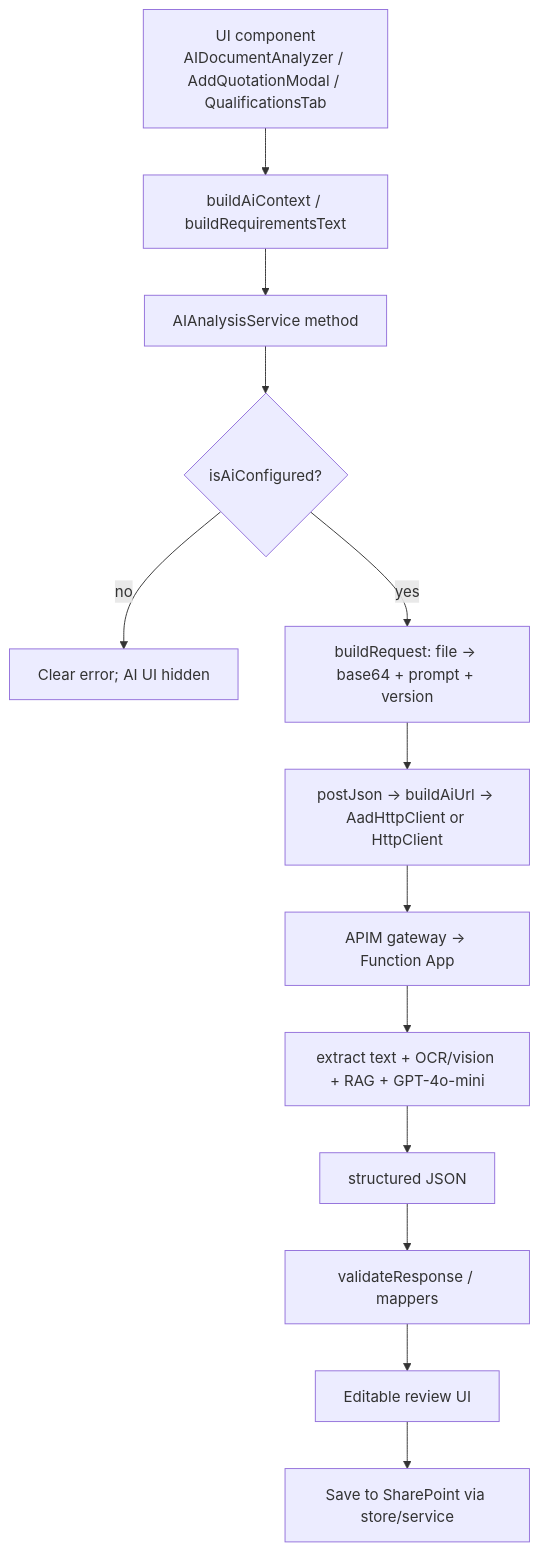
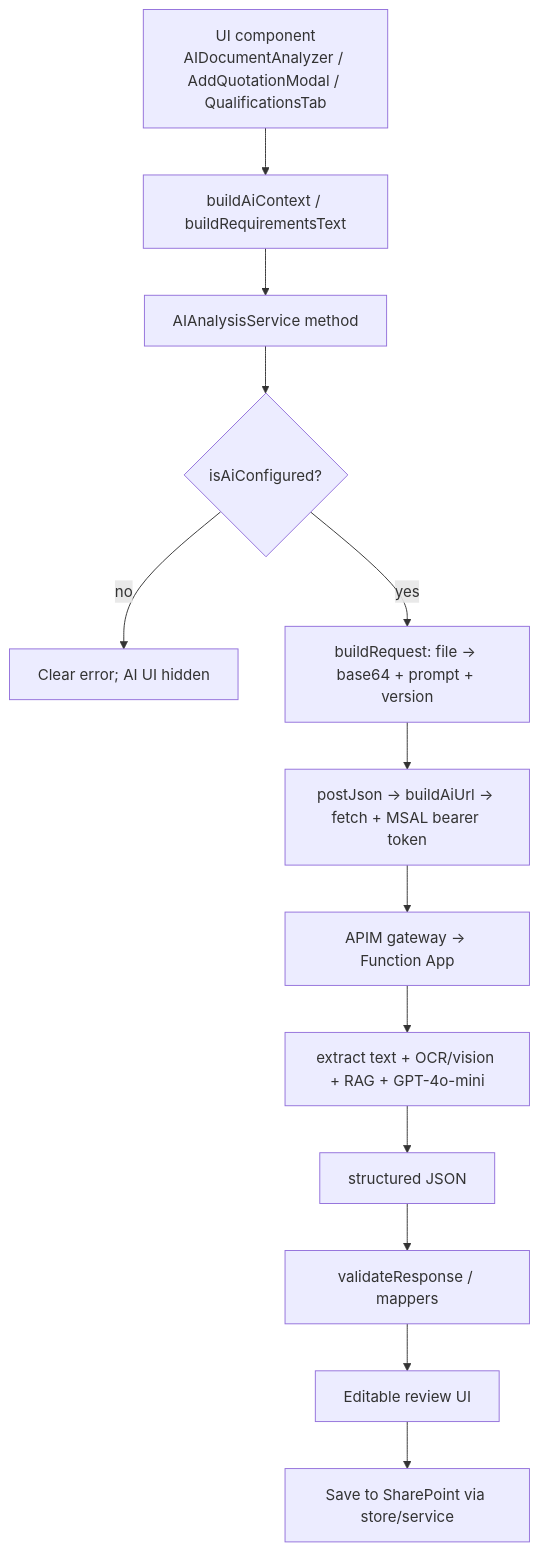
Before and after one commit to RaphaelCosta21/smartbid2.0: the diagram in SmartBid-AI-Backend-API-Contract.md, drawn with Mermaid. The commit also changed other lines of this file and 17 other files, not shown here.

First line of the commit message:
feat: Update AI integration and authentication flow

````diff
--- a/SmartBid-AI-Backend-API-Contract.md
+++ b/SmartBid-AI-Backend-API-Contract.md
@@ -27,15 +27,15 @@
 ```mermaid
 flowchart TD
   UI["UI component<br/>AIDocumentAnalyzer / AddQuotationModal / QualificationsTab"] --> CTX["buildAiContext / buildRequirementsText"]
   CTX --> SVC["AIAnalysisService method"]
   SVC --> CFG{"isAiConfigured?"}
   CFG -- no --> STOP["Clear error; AI UI hidden"]
   CFG -- yes --> REQ["buildRequest: file → base64 + prompt + version"]
-  REQ --> POST["postJson → buildAiUrl → AadHttpClient or HttpClient"]
+  REQ --> POST["postJson → buildAiUrl → fetch + MSAL bearer token"]
   POST --> APIM["APIM gateway → Function App"]
   APIM --> AOAI["extract text + OCR/vision + RAG + GPT-4o-mini"]
   AOAI --> RESP["structured JSON"]
   RESP --> VAL["validateResponse / mappers"]
   VAL --> REVIEW["Editable review UI"]
   REVIEW --> SAVE["Save to SharePoint via store/service"]
 ```
````
